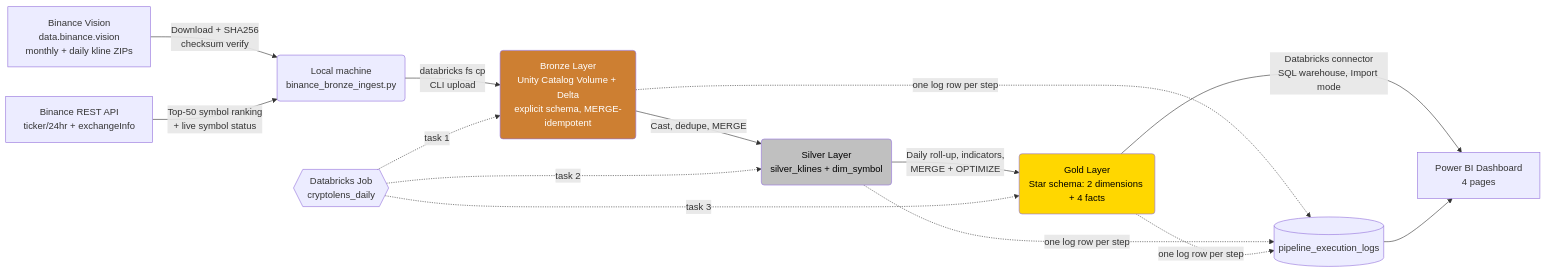
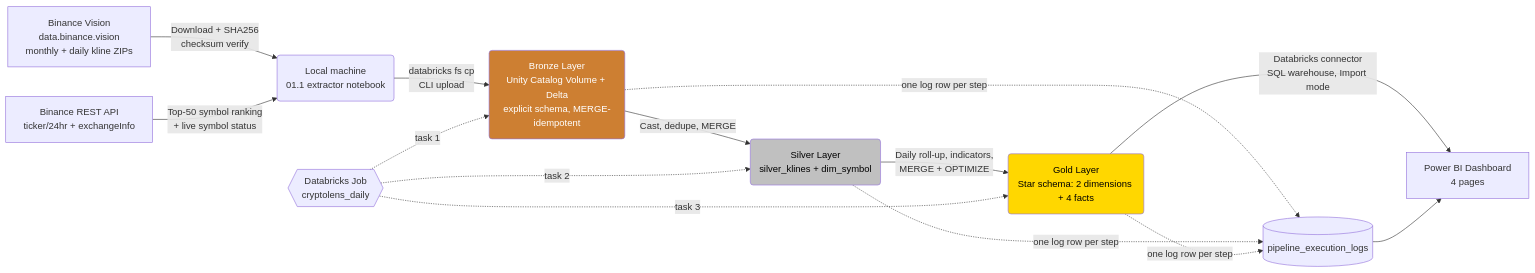
The diagram in README.md (x-abdullah-saeed-x/CryptoLens), drawn with Mermaid before and after one commit. The commit also changed other lines of this file and 3 other files, not shown here.

````diff
--- a/README.md
+++ b/README.md
@@ -31,18 +31,18 @@
 ```mermaid
 flowchart LR
-    A[Binance Vision<br/>data.binance.vision<br/>monthly + daily kline ZIPs] -->|Download + SHA256<br/>checksum verify| L(Local machine<br/>binance_bronze_ingest.py)
+    A[Binance Vision<br/>data.binance.vision<br/>monthly + daily kline ZIPs] -->|Download + SHA256<br/>checksum verify| L(Local machine<br/>01.1 extractor notebook)
     X[Binance REST API<br/>ticker/24hr + exchangeInfo] -->|Top-50 symbol ranking<br/>+ live symbol status| L
     L -->|databricks fs cp<br/>CLI upload| B(Bronze Layer<br/>Unity Catalog Volume + Delta<br/>explicit schema, MERGE-idempotent)
     B -->|Cast, dedupe, MERGE| C(Silver Layer<br/>silver_klines + dim_symbol)
     C -->|Daily roll-up, indicators,<br/>MERGE + OPTIMIZE| D(Gold Layer<br/>Star schema: 2 dimensions + 4 facts)
     D -->|Databricks connector<br/>SQL warehouse, Import mode| E[Power BI Dashboard<br/>4 pages]
     J{{Databricks Job<br/>cryptolens_daily}} -.->|task 1| B
     J -.->|task 2| C
     J -.->|task 3| D
     B & C & D -.->|one log row per step| G[(pipeline_execution_logs)]
     G --> E
 
     style B fill:#cd7f32,color:#fff
     style C fill:#c0c0c0,color:#000
     style D fill:#ffd700,color:#000
 ```
````
